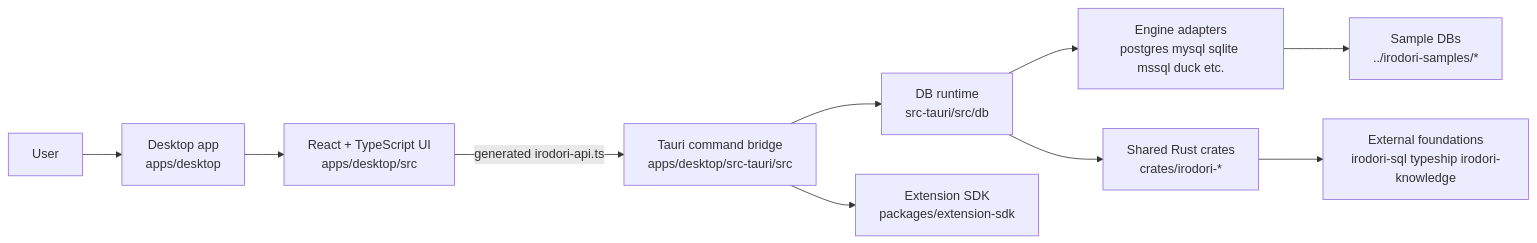
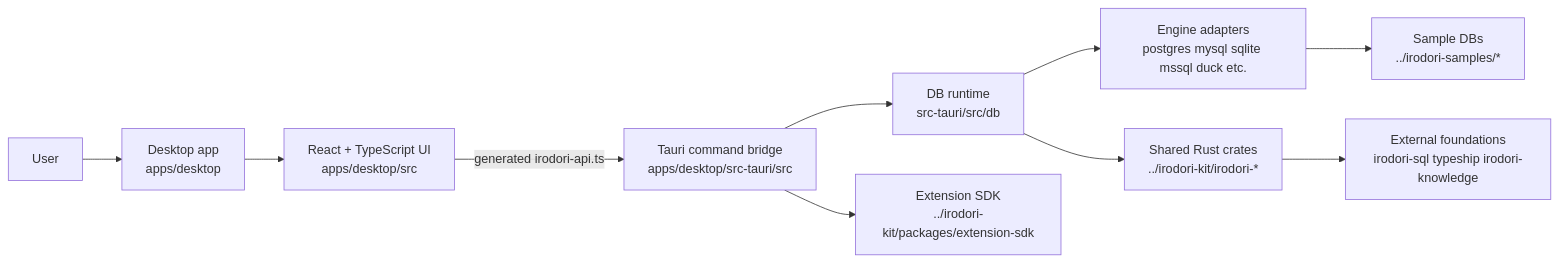
One commit to hjosugi/irodori-docs changed the first of 7 diagrams in src/implementation-architecture.md. Above: the diagram before and after it, drawn with Mermaid. The commit also changed other lines of this file and 22 other files, not shown here.

````diff
--- a/src/implementation-architecture.md
+++ b/src/implementation-architecture.md
@@ -19,23 +19,23 @@
 ```mermaid
 flowchart LR
   user["User"]
   desktop["Desktop app<br/>apps/desktop"]
   frontend["React + TypeScript UI<br/>apps/desktop/src"]
   tauri["Tauri command bridge<br/>apps/desktop/src-tauri/src"]
   db["DB runtime<br/>src-tauri/src/db"]
   adapters["Engine adapters<br/>postgres mysql sqlite mssql duck etc."]
-  crates["Shared Rust crates<br/>crates/irodori-*"]
-  sdk["Extension SDK<br/>packages/extension-sdk"]
+  crates["Shared Rust crates<br/>../irodori-kit/irodori-*"]
+  sdk["Extension SDK<br/>../irodori-kit/packages/extension-sdk"]
   samples["Sample DBs<br/>../irodori-samples/*"]
   external["External foundations<br/>irodori-sql typeship irodori-knowledge"]
 
   user --> desktop
   desktop --> frontend
   frontend -->|"generated irodori-api.ts"| tauri
   tauri --> db
   db --> adapters
   db --> crates
   adapters --> samples
   crates --> external
   tauri --> sdk
 ```
````
